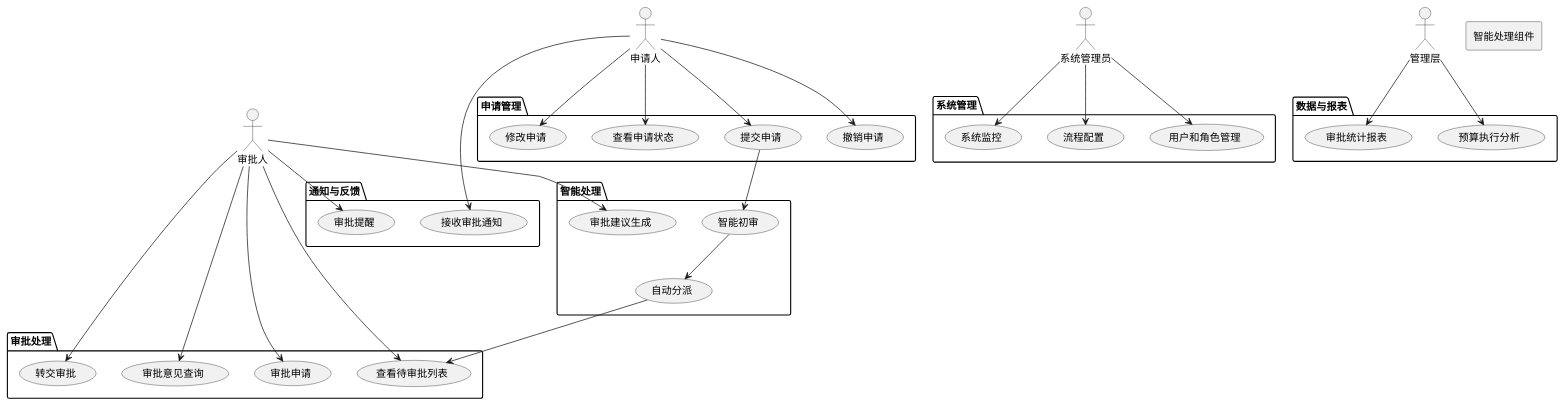
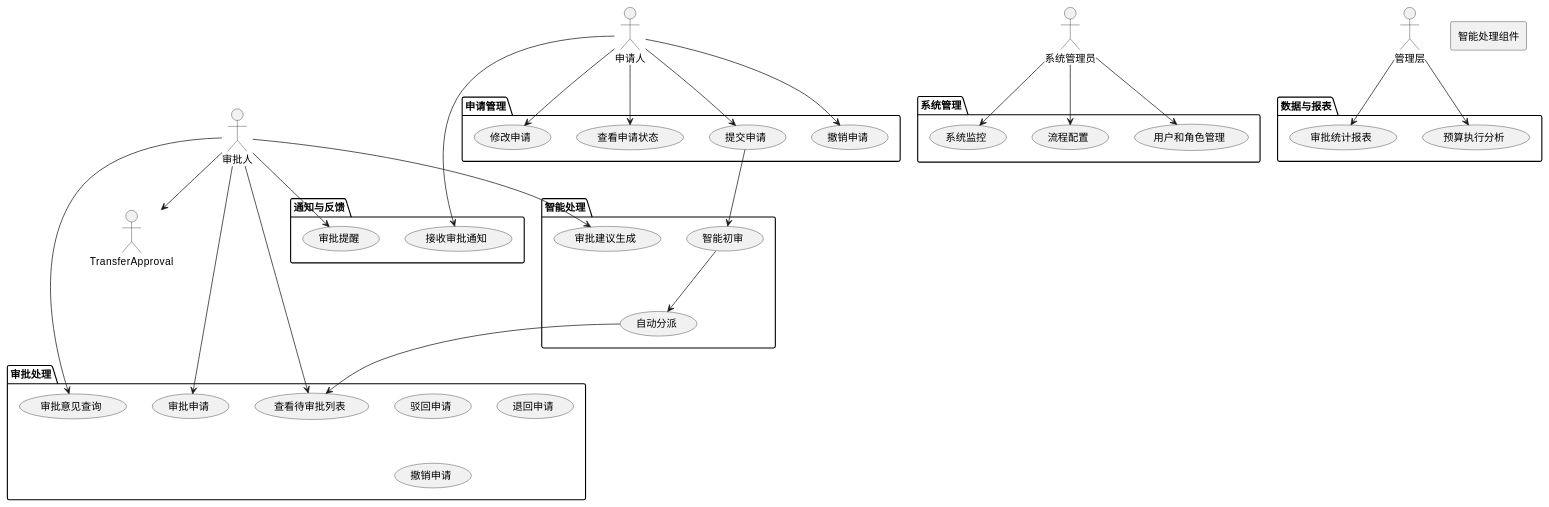
Before and after one commit to Moonlight168/blog: the first of 4 diagrams in src/series/myprojects/FlowMind/开发流程/需求分析/用例图文档.md, drawn with PlantUML. The commit also changed other lines of this file and 20 other files, not shown here.

```diff
--- a/src/series/myprojects/FlowMind/开发流程/需求分析/用例图文档.md
+++ b/src/series/myprojects/FlowMind/开发流程/需求分析/用例图文档.md
@@ -26,70 +27,72 @@
 @startuml FlowMind 系统总用例图
 
 actor "申请人" as Applicant
 actor "审批人" as Approver
 actor "系统管理员" as Admin
 actor "管理层" as Manager
 agent "智能处理组件" as AI
 
 package "申请管理" {
   usecase "提交申请" as SubmitRequest
   usecase "查看申请状态" as ViewStatus
   usecase "修改申请" as ModifyRequest
   usecase "撤销申请" as CancelRequest
 }
 
 package "审批处理" {
   usecase "查看待审批列表" as ViewPending
   usecase "审批申请" as ApproveRequest
-  usecase "转交审批" as TransferApproval
+  usecase "驳回申请" as RejectRequest
+  usecase "退回申请" as ReturnRequest
+  usecase "撤销申请" as CancelProcess
   usecase "审批意见查询" as ViewComments
 }
 
 package "智能处理" {
   usecase "智能初审" as IntelligentReview
   usecase "自动分派" as AutoAssign
   usecase "审批建议生成" as GenerateSuggestion
 }
 
 package "系统管理" {
   usecase "用户和角色管理" as ManageUserRole
   usecase "流程配置" as ConfigureProcess
   usecase "系统监控" as MonitorSystem
 }
 
 package "通知与反馈" {
   usecase "接收审批通知" as ReceiveNotification
   usecase "审批提醒" as ApprovalReminder
 }
 
 package "数据与报表" {
   usecase "审批统计报表" as ViewStatistics
   usecase "预算执行分析" as AnalyzeBudget
 }
 
 ' 关系定义
 Applicant --> SubmitRequest
 Applicant --> ViewStatus
 Applicant --> ModifyRequest
 Applicant --> CancelRequest
 Applicant --> ReceiveNotification
 
 SubmitRequest --> IntelligentReview
 IntelligentReview --> AutoAssign
 AutoAssign --> ViewPending
 
 Approver --> ViewPending
 Approver --> ApproveRequest
 Approver --> TransferApproval
 Approver --> ViewComments
 Approver --> GenerateSuggestion
 Approver --> ApprovalReminder
 
 Admin --> ManageUserRole
 Admin --> ConfigureProcess
 Admin --> MonitorSystem
 
 Manager --> ViewStatistics
 Manager --> AnalyzeBudget
 
 @enduml
```
